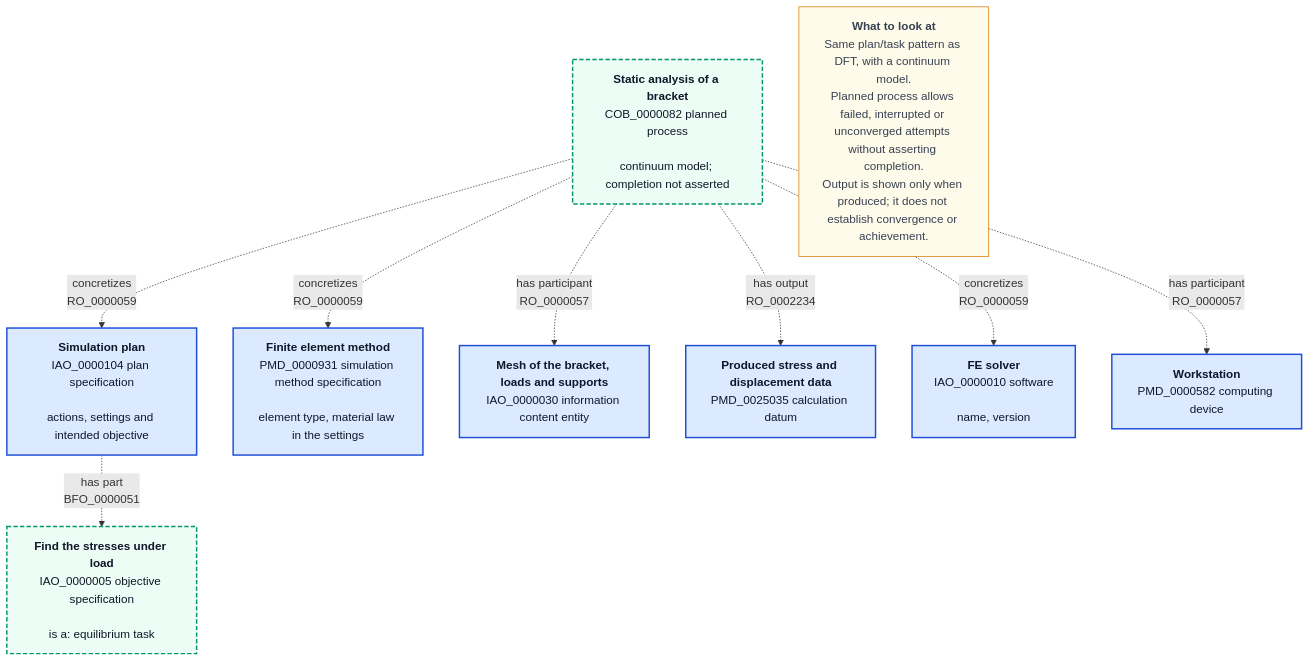
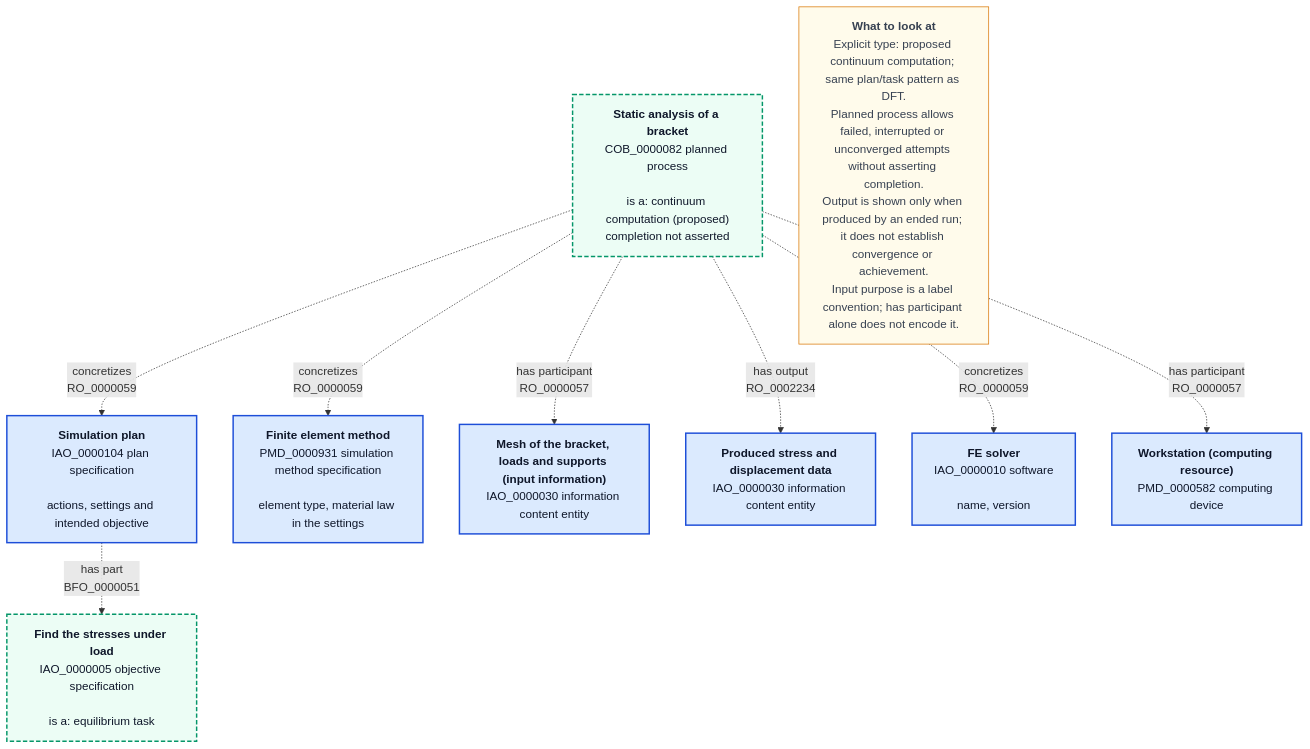
One commit to BAMresearch/mermantics changed the diagram in web/options/c-model-level/fem.mmd. Above: the diagram before and after it, drawn with Mermaid. The commit also changed 5 other files, not shown here.

Commit message:
fix(web): restore Option C model-level classification without implying completion

```diff
--- a/web/options/c-model-level/fem.mmd
+++ b/web/options/c-model-level/fem.mmd
@@ -1,28 +1,28 @@
 flowchart TB
 
 %% Option C. One axis, model level: static FEM analysis
 %% Engineering: a static finite element analysis of a loaded steel bracket.
 
-    Analysis["<b>Static analysis of a bracket</b><br>COB_0000082 planned process<br><br>continuum model; completion not asserted"]:::proposed
+    Analysis["<b>Static analysis of a bracket</b><br>COB_0000082 planned process<br><br>is a: continuum computation (proposed)<br>completion not asserted"]:::proposed
     Spec["<b>Simulation plan</b><br>IAO_0000104 plan specification<br><br>actions, settings and intended objective"]:::local
     Task["<b>Find the stresses under load</b><br>IAO_0000005 objective specification<br><br>is a: equilibrium task"]:::proposed
     Solver["<b>Finite element method</b><br>PMD_0000931 simulation method specification<br><br>element type, material law in the settings"]:::local
-    Mesh["<b>Mesh of the bracket, loads and supports</b><br>IAO_0000030 information content entity"]:::local
-    Stress["<b>Produced stress and displacement data</b><br>PMD_0025035 calculation datum"]:::local
+    Mesh["<b>Mesh of the bracket, loads and supports (input information)</b><br>IAO_0000030 information content entity"]:::local
+    Stress["<b>Produced stress and displacement data</b><br>IAO_0000030 information content entity"]:::local
     Code["<b>FE solver</b><br>IAO_0000010 software<br><br>name, version"]:::local
-    Node["<b>Workstation</b><br>PMD_0000582 computing device"]:::local
-    Note["<b>What to look at</b><br>Same plan/task pattern as DFT, with a continuum model.<br>Planned process allows failed, interrupted or unconverged attempts without asserting completion.<br>Output is shown only when produced; it does not establish convergence or achievement."]:::note
+    Node["<b>Workstation (computing resource)</b><br>PMD_0000582 computing device"]:::local
+    Note["<b>What to look at</b><br>Explicit type: proposed continuum computation; same plan/task pattern as DFT.<br>Planned process allows failed, interrupted or unconverged attempts without asserting completion.<br>Output is shown only when produced by an ended run; it does not establish convergence or achievement.<br>Input purpose is a label convention; has participant alone does not encode it."]:::note
 
     Analysis -. "concretizes<br>RO_0000059" .-> Spec
     Spec -. "has part<br>BFO_0000051" .-> Task
     Analysis -. "concretizes<br>RO_0000059" .-> Solver
     Analysis -. "has participant<br>RO_0000057" .-> Mesh
     Analysis -. "has output<br>RO_0002234" .-> Stress
     Analysis -. "concretizes<br>RO_0000059" .-> Code
     Analysis -. "has participant<br>RO_0000057" .-> Node
 
     classDef local fill:#dbeafe,stroke:#1d4ed8,stroke-width:2px,color:#0f172a
     classDef note fill:#fffbeb,stroke:#d97706,color:#374151
     classDef proposed fill:#ecfdf5,stroke:#059669,stroke-width:2px,stroke-dasharray:6 3,color:#0f172a
 
 %% mermantics-kinds {"Spec":"plan","Analysis":"process","Task":"plan","Solver":"plan","Mesh":"information","Stress":"data","Code":"software","Node":"device"}
```
